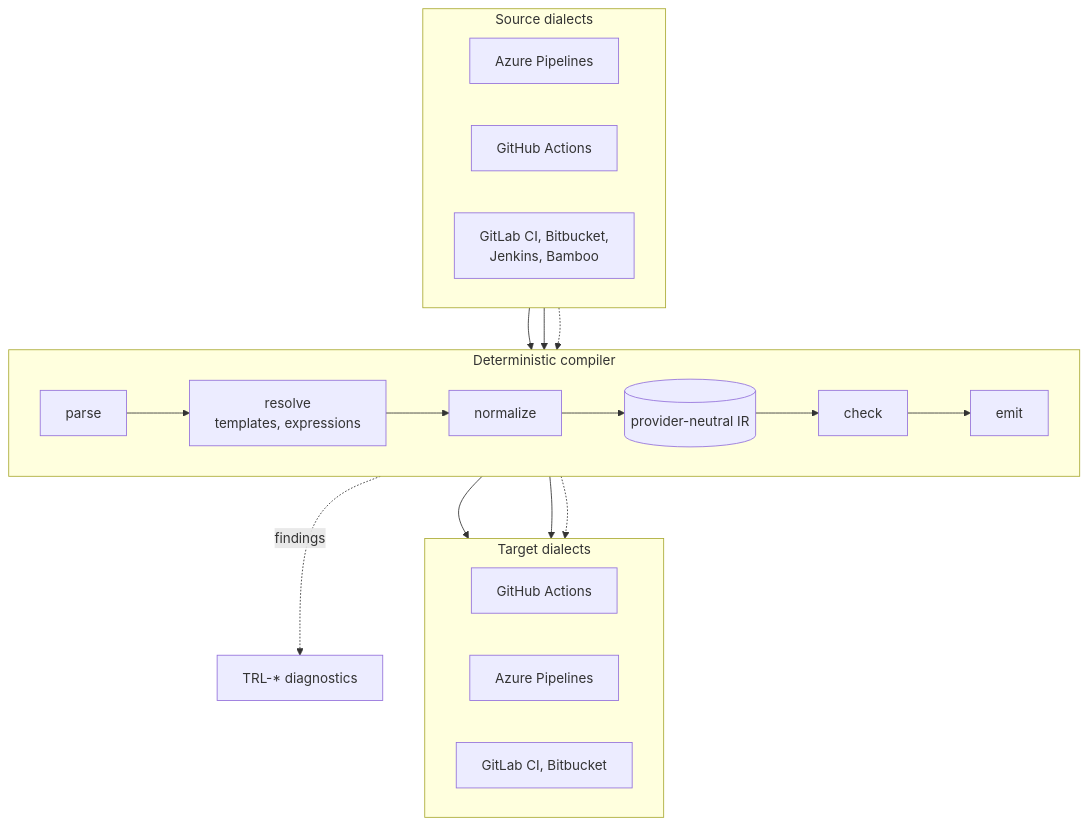
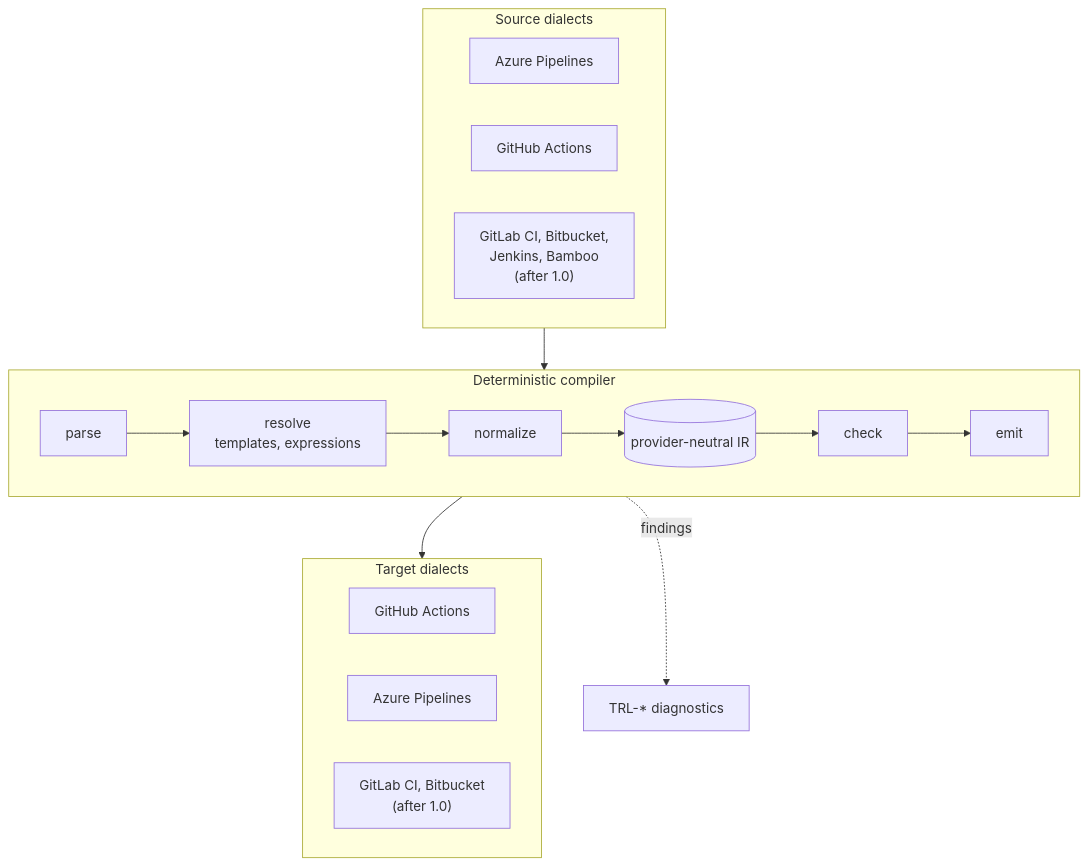
One commit to HarnageaGabriel/trasloco changed the first of 2 diagrams in README.md. Above: the diagram before and after it, drawn with Mermaid.

Commit message:
docs(readme): readable architecture diagram

````diff
--- a/README.md
+++ b/README.md
@@ -183,30 +183,26 @@
 ```mermaid
 flowchart TB
   subgraph sources["Source dialects"]
     direction LR
     ado_in["Azure Pipelines"]
     gha_in["GitHub Actions"]
-    more_in["GitLab CI, Bitbucket,<br/>Jenkins, Bamboo"]
+    more_in["GitLab CI, Bitbucket,<br/>Jenkins, Bamboo<br/>(after 1.0)"]
   end
   subgraph compiler["Deterministic compiler"]
     direction LR
     parse["parse"] --> resolve["resolve<br/>templates, expressions"]
     resolve --> normalize["normalize"]
     normalize --> ir[("provider-neutral IR")]
     ir --> check["check"]
     check --> emit["emit"]
   end
   subgraph targets["Target dialects"]
     direction LR
     gha_out["GitHub Actions"]
     ado_out["Azure Pipelines"]
-    more_out["GitLab CI, Bitbucket"]
+    more_out["GitLab CI, Bitbucket<br/>(after 1.0)"]
   end
-  ado_in --> parse
-  gha_in --> parse
-  more_in -.-> parse
-  emit --> gha_out
-  emit --> ado_out
-  emit -.-> more_out
+  sources --> compiler
+  compiler --> targets
   compiler -. findings .-> diag["TRL-* diagnostics"]
 ```
````
